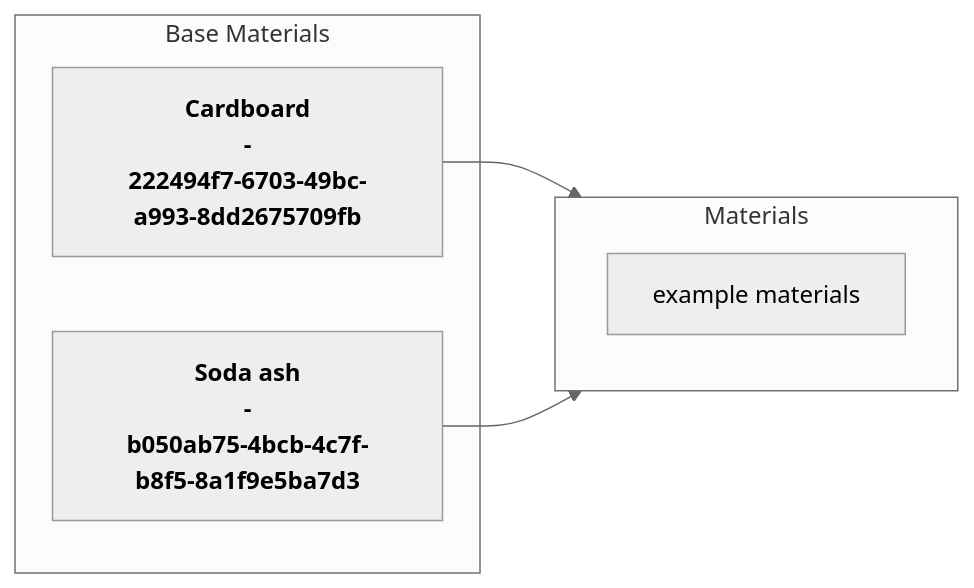
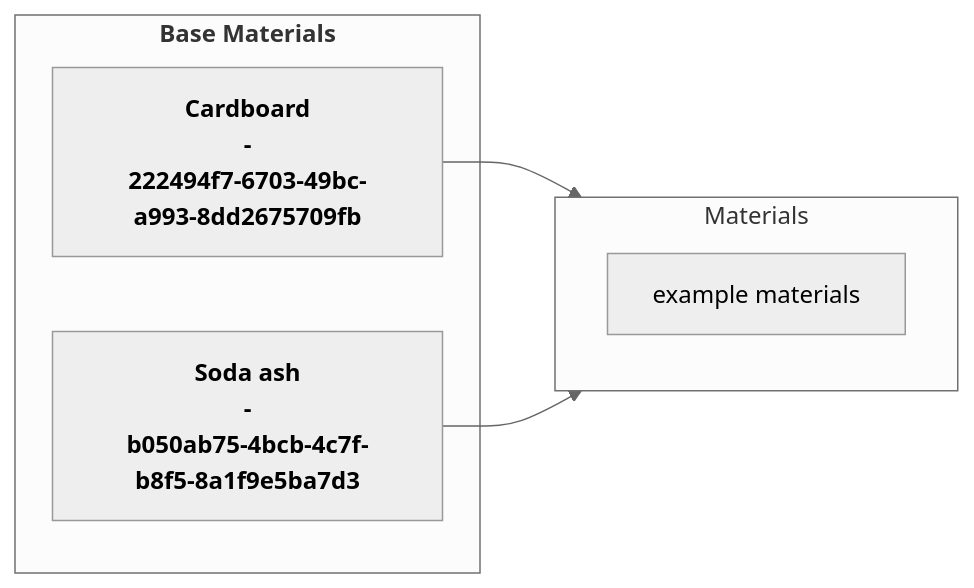
The second of 2 diagrams in docs/3_Data_Specification/3_1_Base_Materials.md (OpenDataManchester/Open3P), drawn with Mermaid (neutral theme) before and after one commit.

Commit message:
Update base materials flow

````diff
--- a/docs/3_Data_Specification/3_1_Base_Materials.md
+++ b/docs/3_Data_Specification/3_1_Base_Materials.md
@@ -107,16 +107,16 @@
 ``` mermaid
 flowchart LR
-    subgraph baseMaterials[Base Materials]
+    subgraph baseMaterials["`**Base Materials**`"]
         bm_cardboard["`**Cardboard
         -
         222494f7-6703-49bc-a993-8dd2675709fb**`"]
         bm_sodaAsh["`**Soda ash
         -
         b050ab75-4bcb-4c7f-b8f5-8a1f9e5ba7d3**`"]
     end
     subgraph materials[Materials]
         ma_cardboard[example materials]
     end
     bm_cardboard --> materials
     bm_sodaAsh --> materials
 ```
````
